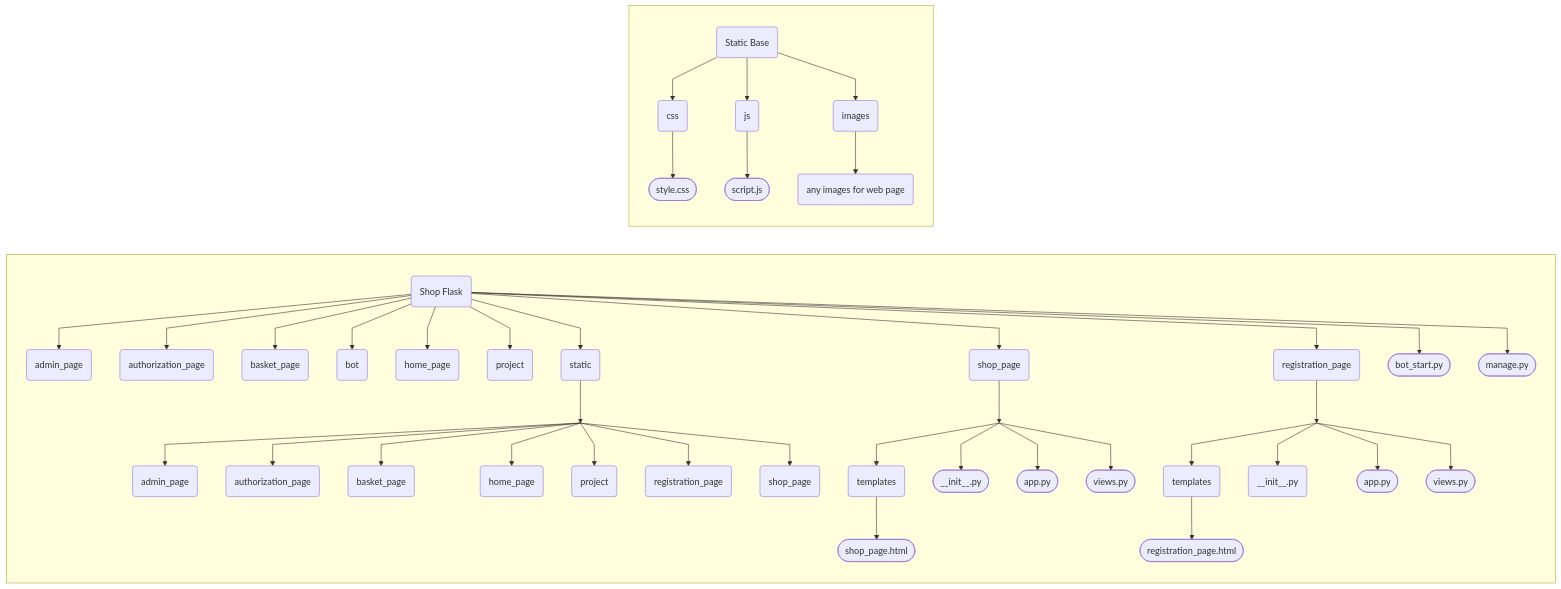
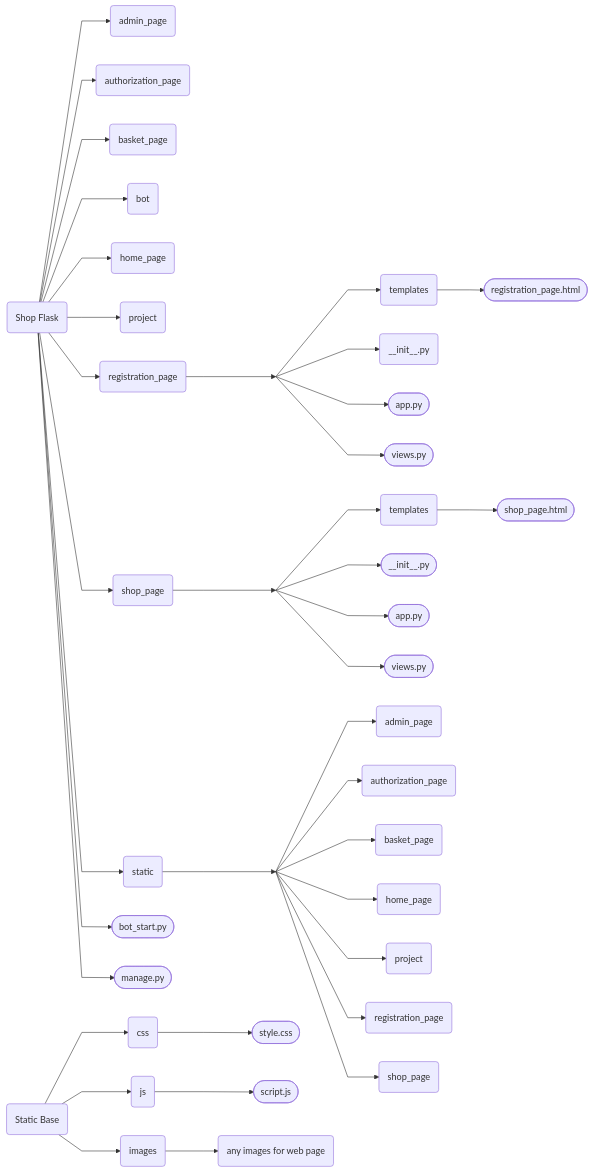
The diagram in README.md (TereshonokMaksim/Shop-Flask), drawn with Mermaid before and after one commit.

Commit message:
why am i making this

````diff
--- a/README.md
+++ b/README.md
@@ -176,63 +176,59 @@
 ```mermaid
 %%{ init : { "theme" : "default", "flowchart" : { "curve" : "linear" } }}%%
 
 flowchart LR
 
-    subgraph YBase[" "]
-        A(Shop Flask) --> L(admin_page)
-        A(Shop Flask) --> K(authorization_page)
-        A(Shop Flask) --> J(basket_page)
-        A(Shop Flask) --> I(bot)
-        A(Shop Flask) --> H(home_page)
-        A(Shop Flask) --> G(project)
-        A(Shop Flask) --> F(registration_page)
-        A(Shop Flask) --> E(shop_page)
-        A(Shop Flask) --> D(static)
-        A(Shop Flask) --> C([bot_start.py])
-        A(Shop Flask) --> B([manage.py])
+    A(Shop Flask) --> L(admin_page)
+    A(Shop Flask) --> K(authorization_page)
+    A(Shop Flask) --> J(basket_page)
+    A(Shop Flask) --> I(bot)
+    A(Shop Flask) --> H(home_page)
+    A(Shop Flask) --> G(project)
+    A(Shop Flask) --> F(registration_page)
+    A(Shop Flask) --> E(shop_page)
+    A(Shop Flask) --> D(static)
+    A(Shop Flask) --> C([bot_start.py])
+    A(Shop Flask) --> B([manage.py])
 
 
-        DA(static dummy):::hidden --> DB(admin_page)
-        DA(static dummy):::hidden --> DC(authorization_page)
-        DA(static dummy):::hidden --> DD(basket_page)
-        DA(static dummy):::hidden --> DE(home_page)
-        DA(static dummy):::hidden --> DF(project)
-        DA(static dummy):::hidden --> DG(registration_page)
-        DA(static dummy):::hidden --> DH(shop_page)
+    DA(static dummy):::hidden --> DB(admin_page)
+    DA(static dummy):::hidden --> DC(authorization_page)
+    DA(static dummy):::hidden --> DD(basket_page)
+    DA(static dummy):::hidden --> DE(home_page)
+    DA(static dummy):::hidden --> DF(project)
+    DA(static dummy):::hidden --> DG(registration_page)
+    DA(static dummy):::hidden --> DH(shop_page)
 
-        D --> DA
+    D --> DA
 
 
-        EA(shop_page dummy):::hidden --> EB(templates)
-        EA(shop_page dummy):::hidden --> EC([__init__.py])
-        EA(shop_page dummy):::hidden --> ED([app.py])
-        EA(shop_page dummy):::hidden --> EE([views.py])
-        EB(templates) --> EF([shop_page.html])
+    EA(shop_page dummy):::hidden --> EB(templates)
+    EA(shop_page dummy):::hidden --> EC([__init__.py])
+    EA(shop_page dummy):::hidden --> ED([app.py])
+    EA(shop_page dummy):::hidden --> EE([views.py])
+    EB(templates) --> EF([shop_page.html])
 
-        E --> EA
+    E --> EA
 
 
-        FA(reg page dummy):::hidden --> FB(templates)
-        FA(reg page dummy):::hidden --> FC(__init__.py)
-        FA(reg page dummy):::hidden --> FD([app.py])
-        FA(reg page dummy):::hidden --> FE([views.py])
-        FB(templates) --> FF([registration_page.html])
+    FA(reg page dummy):::hidden --> FB(templates)
+    FA(reg page dummy):::hidden --> FC(__init__.py)
+    FA(reg page dummy):::hidden --> FD([app.py])
+    FA(reg page dummy):::hidden --> FE([views.py])
+    FB(templates) --> FF([registration_page.html])
 
-        F --> FA
+    F --> FA
 
-        %% 
+    %% 
 
-        classDef hidden display: none
-    end
+    classDef hidden display: none
 
-    subgraph Ystatic[" "]
-        DY(Static Base) --> DYA(css)
-        DY(Static Base) --> DYB(js)
-        DY(Static Base) --> DYC(images)
+    DY(Static Base) --> DYA(css)
+    DY(Static Base) --> DYB(js)
+    DY(Static Base) --> DYC(images)
 
-        DYA(css) --> DYAA([style.css])
-        DYB(js) --> DYBA([script.js])
-        DYC(images) --> DYCA(any images for web page)
-    end
+    DYA(css) --> DYAA([style.css])
+    DYB(js) --> DYBA([script.js])
+    DYC(images) --> DYCA(any images for web page)
 
 ```
````
